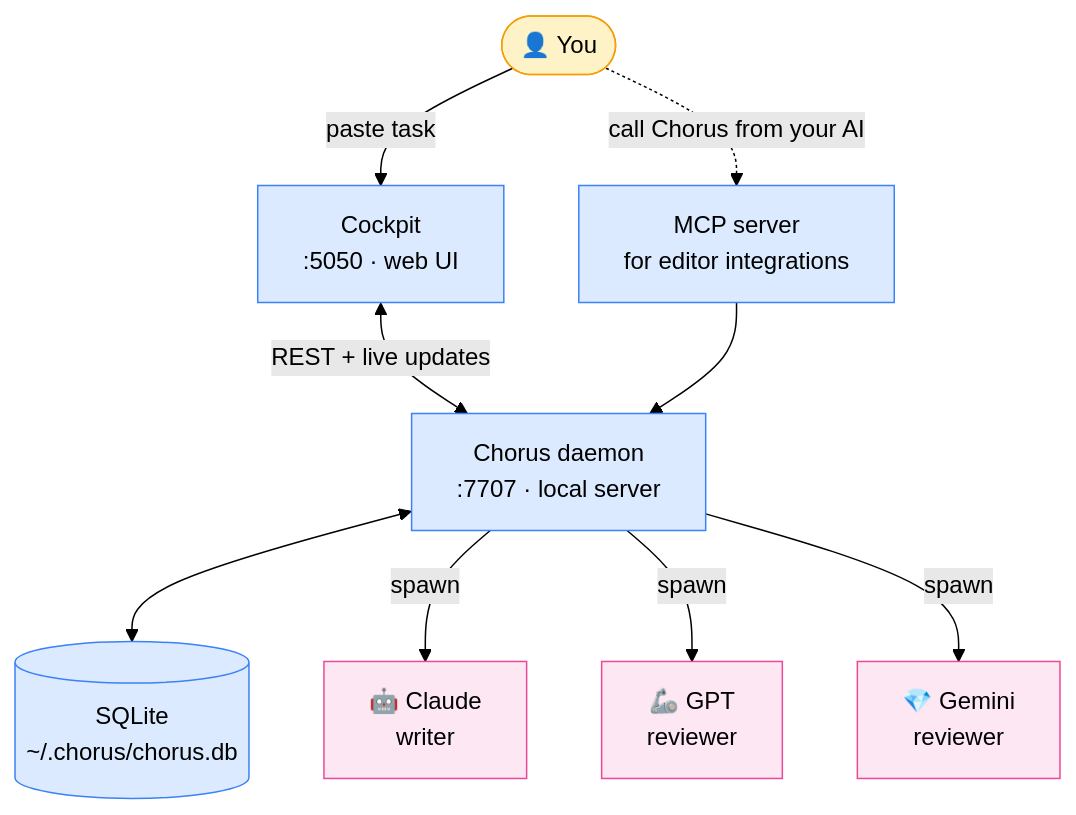
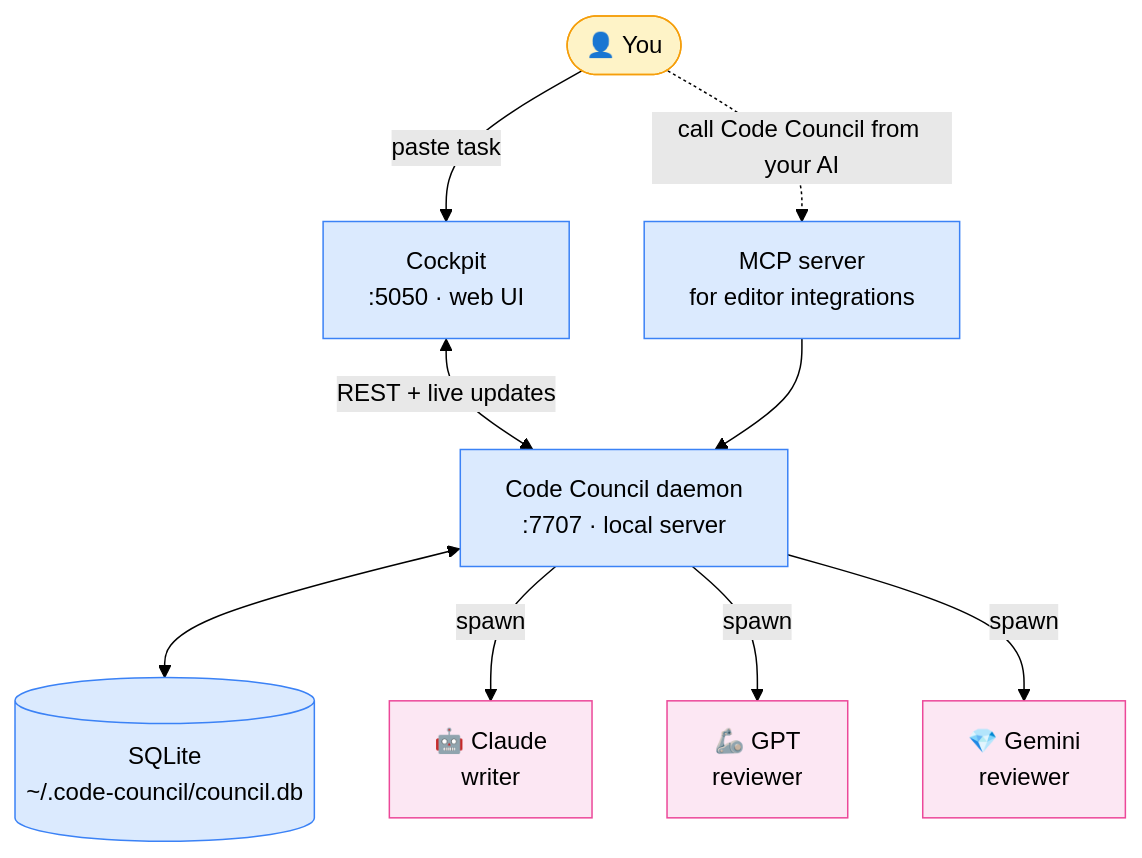
The diagram in README.md (albovsky/code-council), drawn with Mermaid (forest theme) before and after one commit. The commit also changed other lines of this file and 138 other files, not shown here.

````diff
--- a/README.md
+++ b/README.md
@@ -405,27 +405,27 @@
 ```mermaid
 flowchart TB
     User([👤 You])
     Cockpit[Cockpit<br/>:5050 · web UI]
-    Daemon[Chorus daemon<br/>:7707 · local server]
-    DB[(SQLite<br/>~/.chorus/chorus.db)]
+    Daemon[Code Council daemon<br/>:7707 · local server]
+    DB[(SQLite<br/>~/.code-council/council.db)]
     MCP[MCP server<br/>for editor integrations]
 
     Claude[🤖 Claude<br/>writer]
     Codex[🦾 GPT<br/>reviewer]
     Gemini[💎 Gemini<br/>reviewer]
 
     User -->|paste task| Cockpit
     Cockpit <-->|REST + live updates| Daemon
     Daemon <--> DB
     Daemon -->|spawn| Claude
     Daemon -->|spawn| Codex
     Daemon -->|spawn| Gemini
-    User -.->|"call Chorus from your AI"| MCP --> Daemon
+    User -.->|"call Code Council from your AI"| MCP --> Daemon
 
     classDef user fill:#fef3c7,stroke:#f59e0b,color:#000
-    classDef chorus fill:#dbeafe,stroke:#3b82f6,color:#000
+    classDef council fill:#dbeafe,stroke:#3b82f6,color:#000
     classDef llm fill:#fce7f3,stroke:#ec4899,color:#000
     class User user
-    class Daemon,Cockpit,MCP,DB chorus
+    class Daemon,Cockpit,MCP,DB council
     class Claude,Codex,Gemini llm
 ```
````
